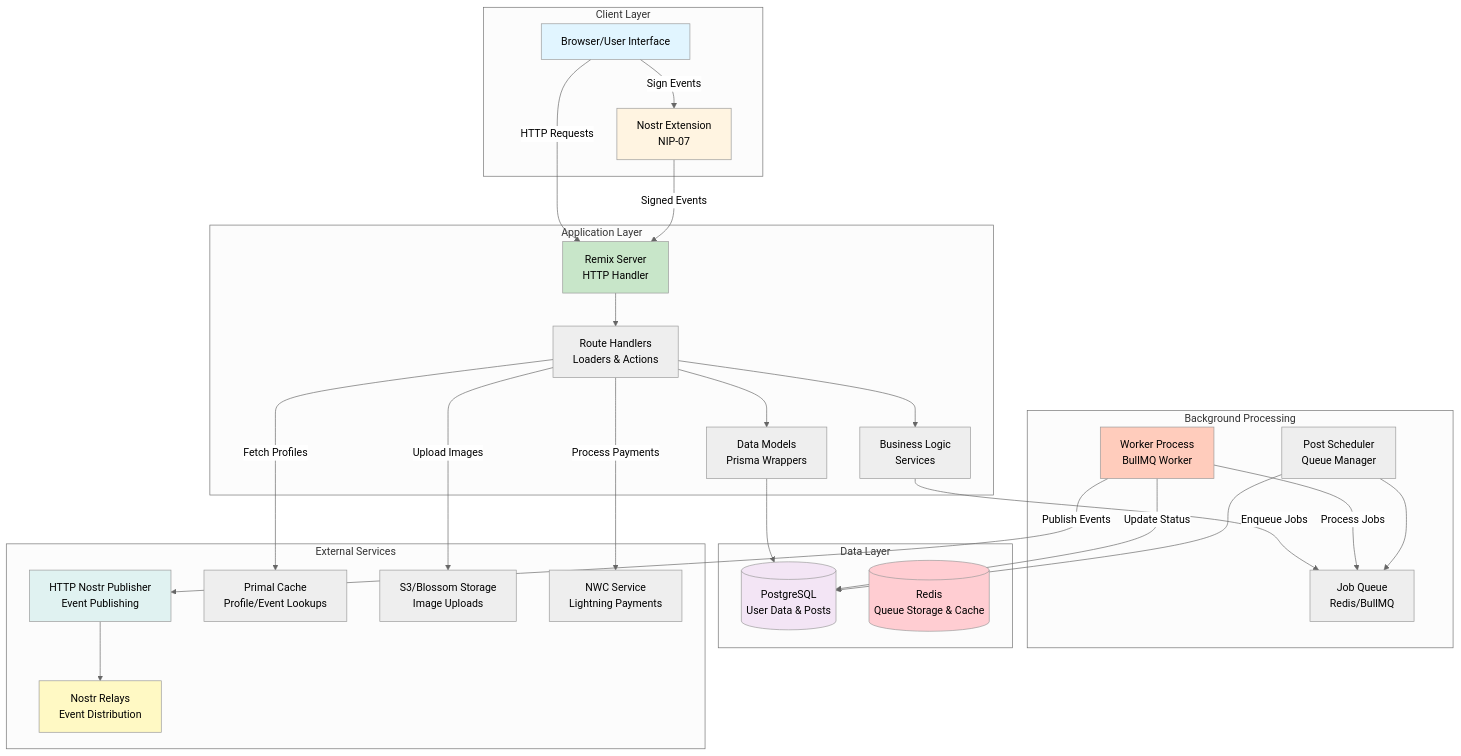
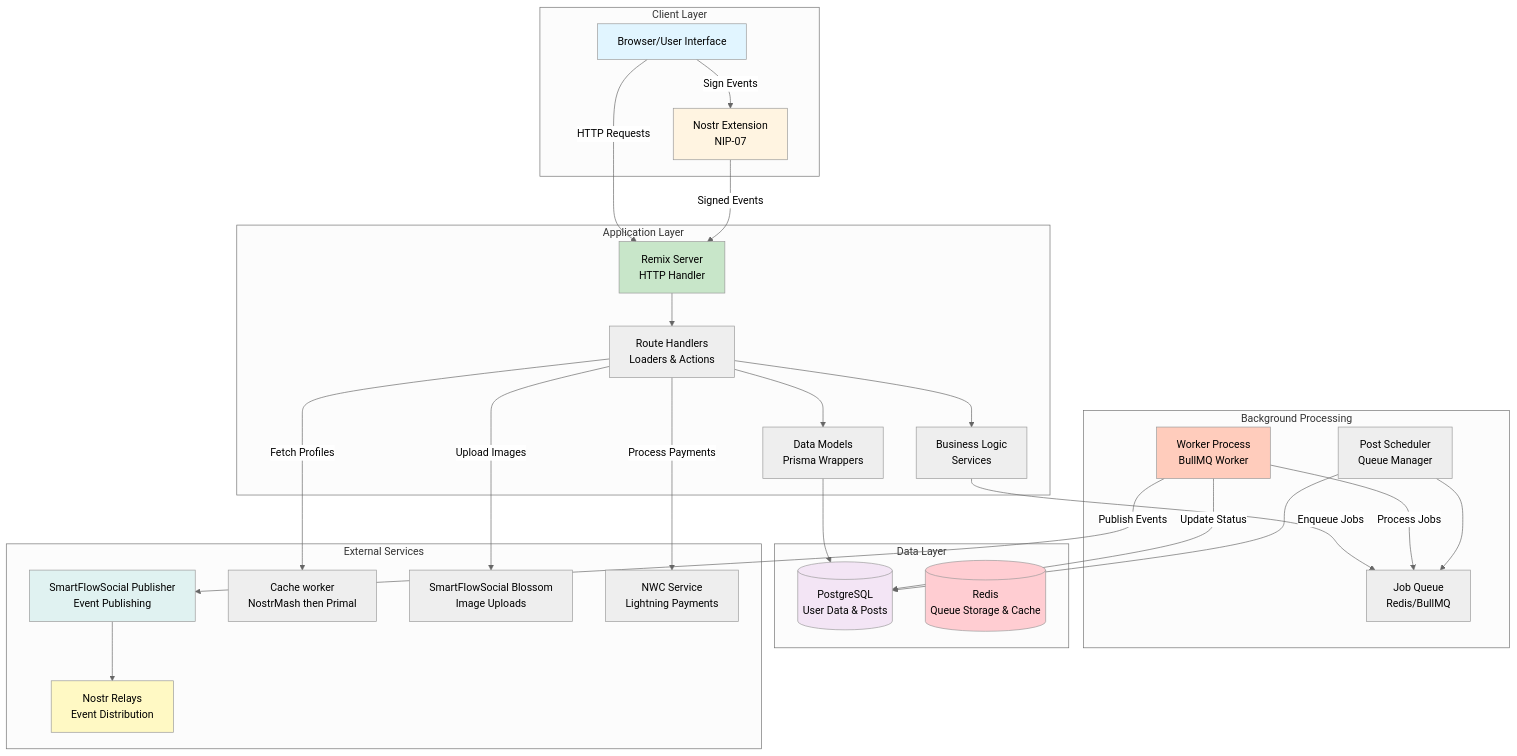
One commit to xdzczk/smartflowsocial changed the first of 3 diagrams in docs/getting-started/architecture.md. Above: the diagram before and after it, drawn with Mermaid (neutral theme). The commit also changed other lines of this file and 76 other files, not shown here.

````diff
--- a/docs/getting-started/architecture.md
+++ b/docs/getting-started/architecture.md
@@ -48,60 +48,60 @@
 ```mermaid
 graph TB
     subgraph "Client Layer"
         Browser[Browser/User Interface]
         Extension[Nostr Extension<br/>NIP-07]
     end
 
     subgraph "Application Layer"
         Remix[Remix Server<br/>HTTP Handler]
         Routes[Route Handlers<br/>Loaders & Actions]
         Models[Data Models<br/>Prisma Wrappers]
         Services[Business Logic<br/>Services]
     end
 
     subgraph "Background Processing"
         Worker[Worker Process<br/>BullMQ Worker]
         Queue[Job Queue<br/>Redis/BullMQ]
         Scheduler[Post Scheduler<br/>Queue Manager]
     end
 
     subgraph "Data Layer"
         DB[(PostgreSQL<br/>User Data & Posts)]
         Redis[(Redis<br/>Queue Storage & Cache)]
     end
 
     subgraph "External Services"
-        Publisher[HTTP Nostr Publisher<br/>Event Publishing]
-        Primal[Primal Cache<br/>Profile/Event Lookups]
-        Storage[S3/Blossom Storage<br/>Image Uploads]
+        Publisher[SmartFlowSocial Publisher<br/>Event Publishing]
+        Primal[Cache worker<br/>NostrMash then Primal]
+        Storage[SmartFlowSocial Blossom<br/>Image Uploads]
         Relays[Nostr Relays<br/>Event Distribution]
         NWC[NWC Service<br/>Lightning Payments]
     end
 
     Browser -->|HTTP Requests| Remix
     Browser -->|Sign Events| Extension
     Extension -->|Signed Events| Remix
     Remix --> Routes
     Routes --> Models
     Routes --> Services
     Models --> DB
     Services -->|Enqueue Jobs| Queue
     Worker -->|Process Jobs| Queue
     Worker -->|Publish Events| Publisher
     Worker -->|Update Status| DB
     Publisher --> Relays
     Routes -->|Fetch Profiles| Primal
     Routes -->|Upload Images| Storage
     Routes -->|Process Payments| NWC
     Scheduler --> Queue
     Scheduler --> DB
 
     style Browser fill:#e1f5ff
     style Extension fill:#fff4e1
     style Remix fill:#c8e6c9
     style Worker fill:#ffccbc
     style DB fill:#f3e5f5
     style Redis fill:#ffcdd2
     style Publisher fill:#e0f2f1
     style Relays fill:#fff9c4
 ```
````
